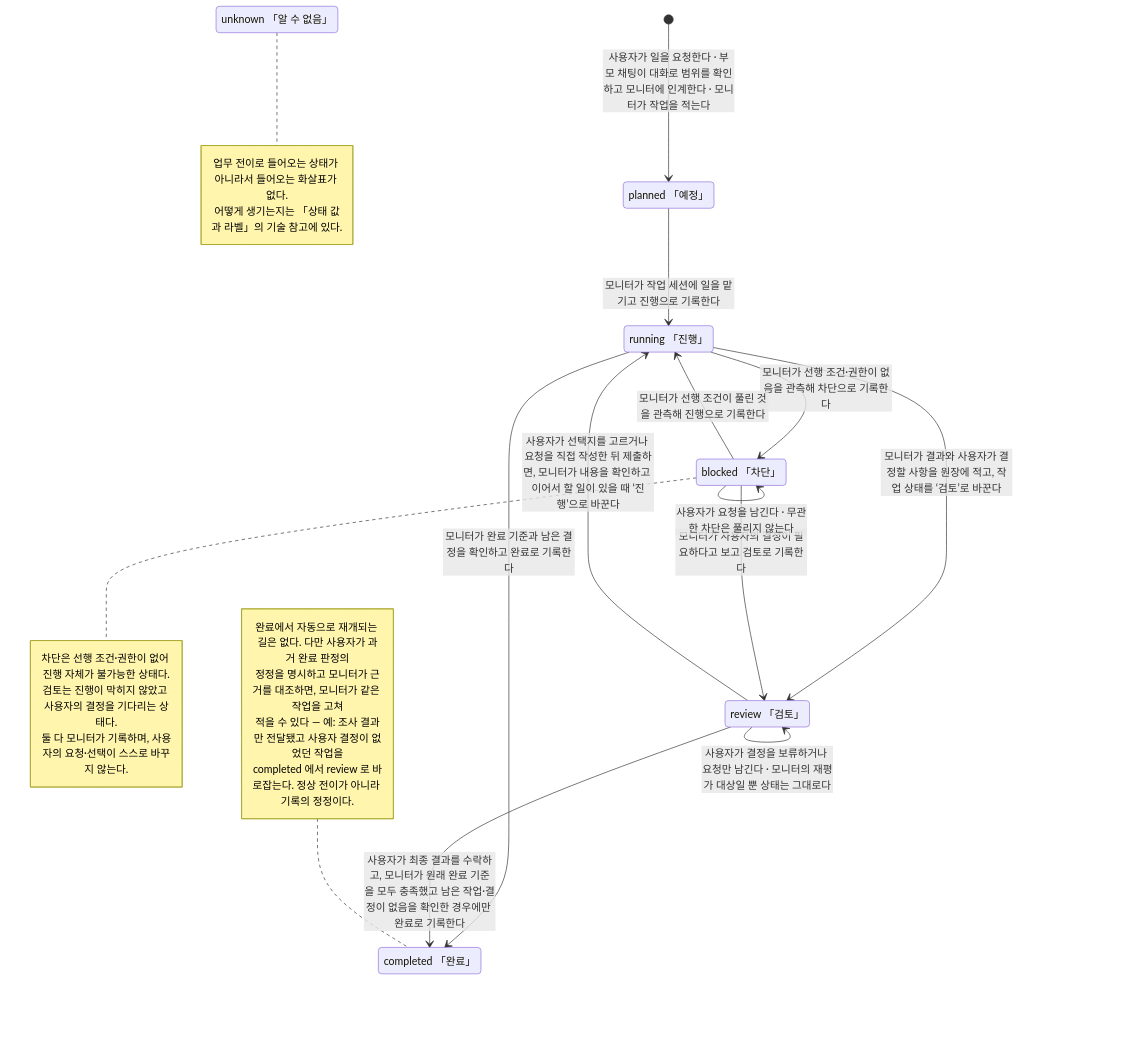
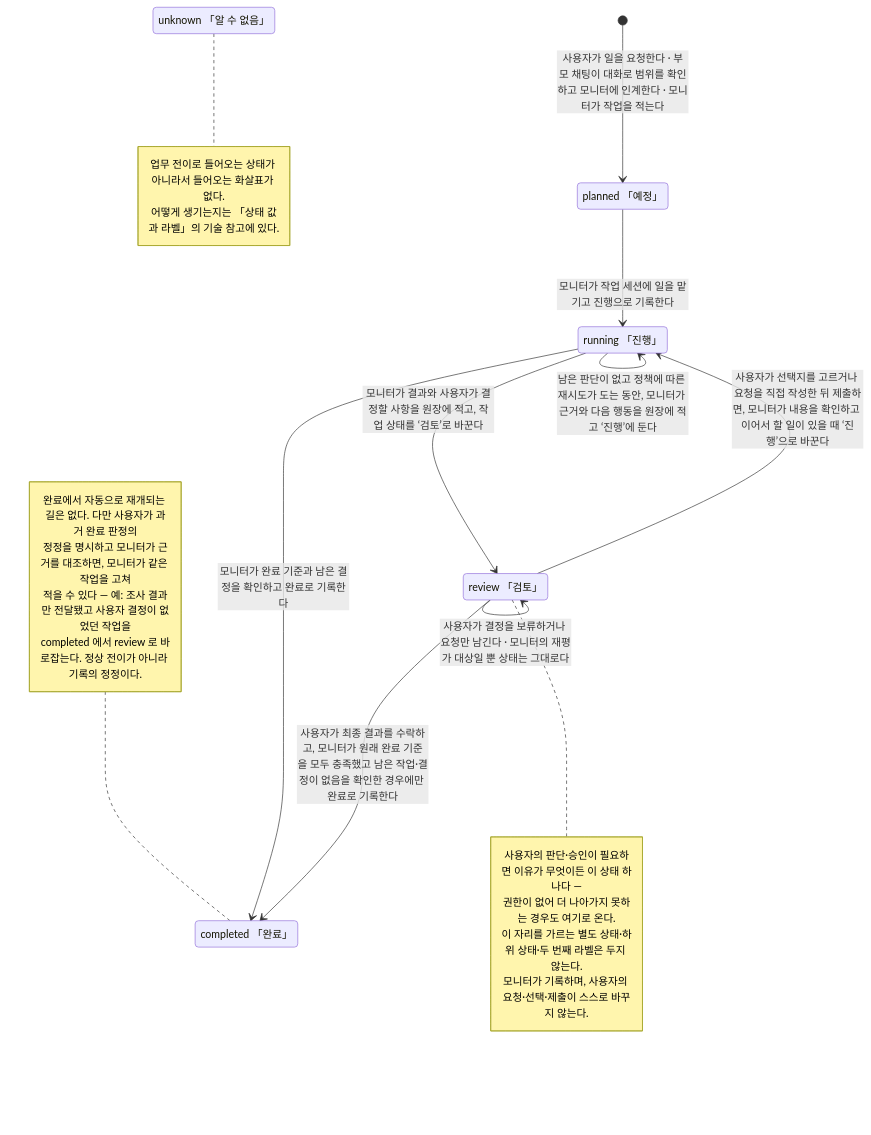
One commit to dlddu/pocket-aide changed the first of 2 diagrams in docs/product/test-ai-chat.md. Above: the diagram before and after it, drawn with Mermaid. The commit also changed other lines of this file, not shown here.

First line of the commit message:
docs(product): 사람 판단이 필요하면 이유를 가리지 않고 ‘검토’ 하나로 모은다 (목표 모델)

````diff
--- a/docs/product/test-ai-chat.md
+++ b/docs/product/test-ai-chat.md
@@ -6,43 +14,40 @@
 ```mermaid
 stateDiagram-v2
     direction TB
 
     state "planned 「예정」" as planned
     state "running 「진행」" as running
-    state "blocked 「차단」" as blocked
     state "review 「검토」" as review
     state "completed 「완료」" as completed
     state "unknown 「알 수 없음」" as unknown
 
     [*] --> planned: 사용자가 일을 요청한다 · 부모 채팅이 대화로 범위를 확인하고 모니터에 인계한다 · 모니터가 작업을 적는다
 
     planned --> running: 모니터가 작업 세션에 일을 맡기고 진행으로 기록한다
-    running --> blocked: 모니터가 선행 조건·권한이 없음을 관측해 차단으로 기록한다
     running --> completed: 모니터가 완료 기준과 남은 결정을 확인하고 완료로 기록한다
     running --> review: 모니터가 결과와 사용자가 결정할 사항을 원장에 적고, 작업 상태를 ‘검토’로 바꾼다
     review --> running: 사용자가 선택지를 고르거나 요청을 직접 작성한 뒤 제출하면, 모니터가 내용을 확인하고 이어서 할 일이 있을 때 ‘진행’으로 바꾼다
     review --> completed: 사용자가 최종 결과를 수락하고, 모니터가 원래 완료 기준을 모두 충족했고 남은 작업·결정이 없음을 확인한 경우에만 완료로 기록한다
-    blocked --> running: 모니터가 선행 조건이 풀린 것을 관측해 진행으로 기록한다
-    blocked --> review: 모니터가 사용자의 결정이 필요하다고 보고 검토로 기록한다
 
     review --> review: 사용자가 결정을 보류하거나 요청만 남긴다 · 모니터의 재평가 대상일 뿐 상태는 그대로다
-    blocked --> blocked: 사용자가 요청을 남긴다 · 무관한 차단은 풀리지 않는다
+    running --> running: 남은 판단이 없고 정책에 따른 재시도가 도는 동안, 모니터가 근거와 다음 행동을 원장에 적고 ‘진행’에 둔다
 
-    note right of blocked
-        차단은 선행 조건·권한이 없어 진행 자체가 불가능한 상태다.
-        검토는 진행이 막히지 않았고 사용자의 결정을 기다리는 상태다.
-        둘 다 모니터가 기록하며, 사용자의 요청·선택이 스스로 바꾸지 않는다.
+    note right of review
+        사용자의 판단·승인이 필요하면 이유가 무엇이든 이 상태 하나다 —
+        권한이 없어 더 나아가지 못하는 경우도 여기로 온다.
+        이 자리를 가르는 별도 상태·하위 상태·두 번째 라벨은 두지 않는다.
+        모니터가 기록하며, 사용자의 요청·선택·제출이 스스로 바꾸지 않는다.
     end note
 
     note right of unknown
         업무 전이로 들어오는 상태가 아니라서 들어오는 화살표가 없다.
         어떻게 생기는지는 「상태 값과 라벨」의 기술 참고에 있다.
     end note
 
     note left of completed
         완료에서 자동으로 재개되는 길은 없다. 다만 사용자가 과거 완료 판정의
         정정을 명시하고 모니터가 근거를 대조하면, 모니터가 같은 작업을 고쳐
         적을 수 있다 — 예: 조사 결과만 전달됐고 사용자 결정이 없었던 작업을
         completed 에서 review 로 바로잡는다. 정상 전이가 아니라 기록의 정정이다.
     end note
 ```
````
